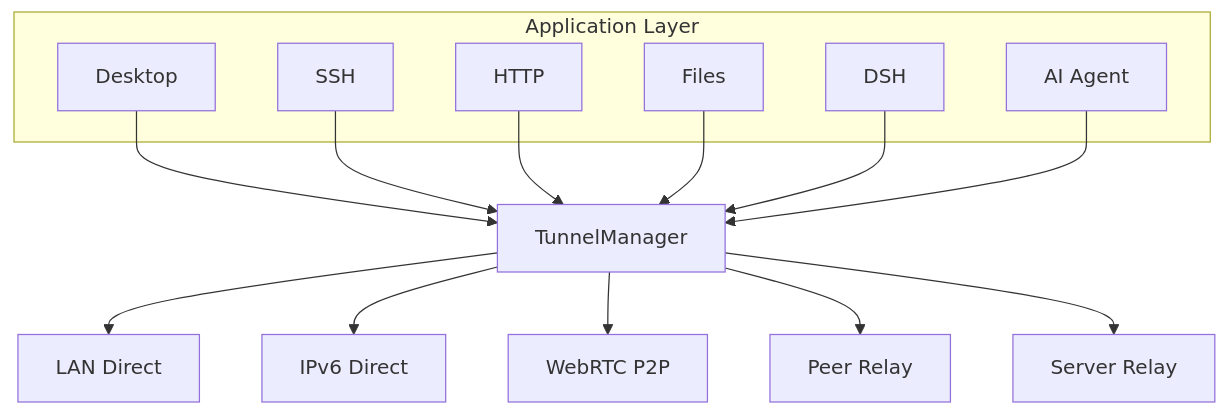
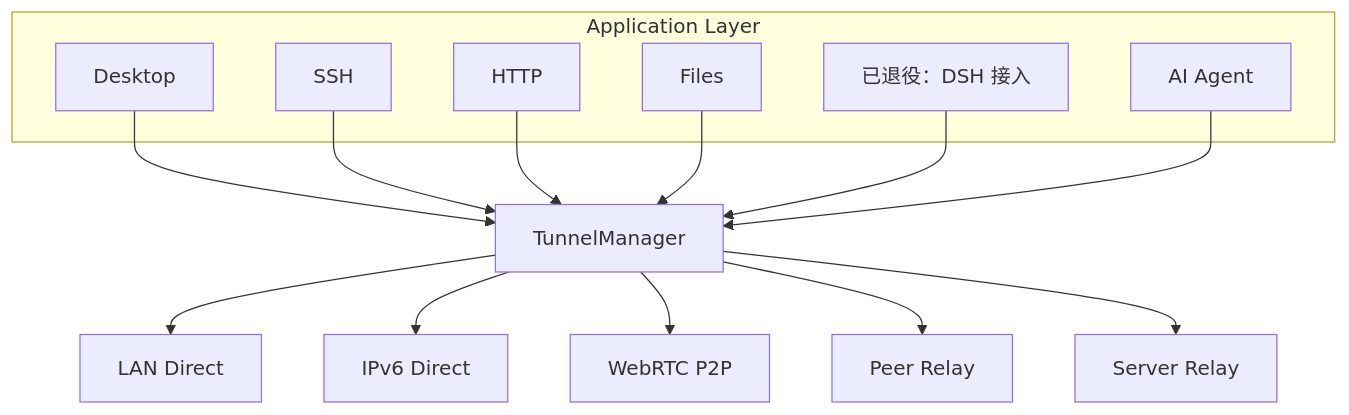
The eighth of 8 diagrams in docs/VCPDesk-P2P-Remote-Desktop-Solution.md (xuzhen97/VCPDeck), drawn with Mermaid before and after one commit. The commit also changed other lines of this file and 399 other files, not shown here.

````diff
--- a/docs/VCPDesk-P2P-Remote-Desktop-Solution.md
+++ b/docs/VCPDesk-P2P-Remote-Desktop-Solution.md
@@ -1073,33 +1068,33 @@
 ```mermaid
 flowchart TB
 
     subgraph Apps[Application Layer]
         DESKTOP[Desktop]
         SSH[SSH]
         HTTP[HTTP]
         FILES[Files]
-        DSH[DSH]
+        Retired[已退役：DSH 接入]
         AGENT[AI Agent]
     end
 
     TM[TunnelManager]
 
     LAN[LAN Direct]
     IPV6[IPv6 Direct]
     WEBRTC[WebRTC P2P]
     PEER[Peer Relay]
     SERVER[Server Relay]
 
     DESKTOP --> TM
     SSH --> TM
     HTTP --> TM
     FILES --> TM
-    DSH --> TM
+    Retired --> TM
     AGENT --> TM
 
     TM --> LAN
     TM --> IPV6
     TM --> WEBRTC
     TM --> PEER
     TM --> SERVER
 ```
````
